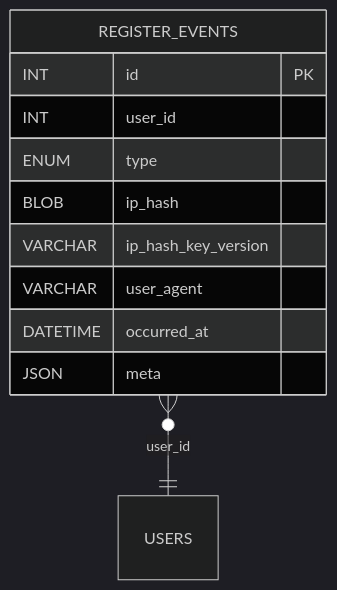
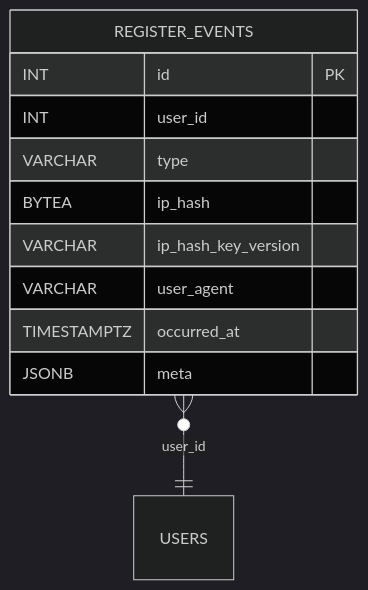
One commit to blackcatdatabase/table-register-events changed the diagram in README.md. Above: the diagram before and after it, drawn with Mermaid (dark theme). The commit also changed other lines of this file and 26 other files, not shown here.

First line of the commit message:
Regen schema (#1)

````diff
--- a/README.md
+++ b/README.md
@@ -54,14 +57,14 @@
 ```mermaid
 erDiagram
   REGISTER_EVENTS {
     INT id PK
     INT user_id
-    ENUM type
-    BLOB ip_hash
+    VARCHAR type
+    BYTEA ip_hash
     VARCHAR ip_hash_key_version
     VARCHAR user_agent
-    DATETIME occurred_at
-    JSON meta
+    TIMESTAMPTZ occurred_at
+    JSONB meta
   }
   REGISTER_EVENTS }o--|| USERS : "user_id"
 ```
````
